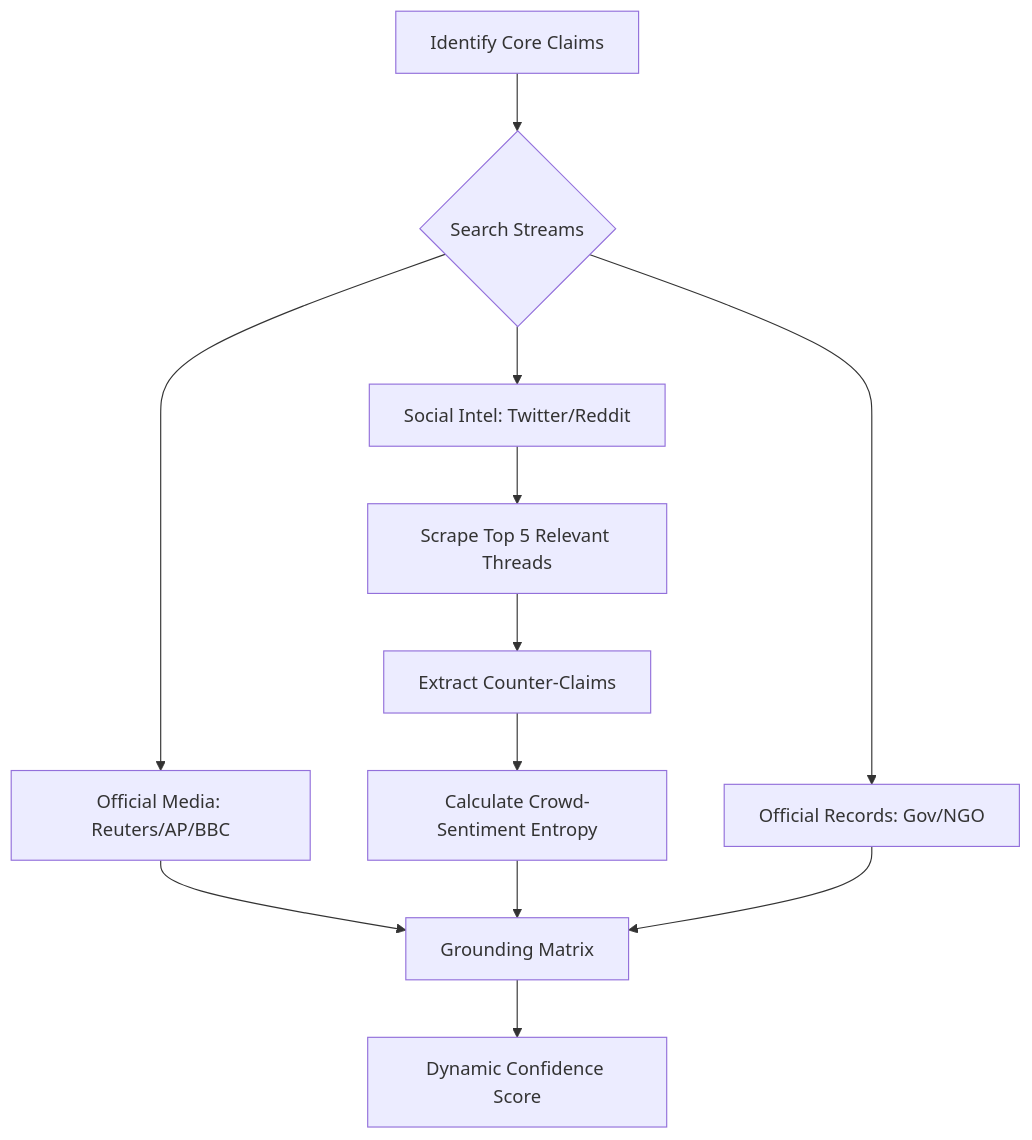
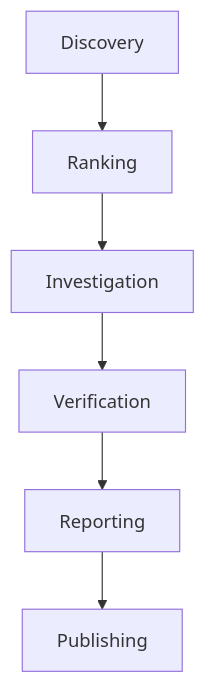
The first of 2 diagrams in README.md (pratyakshkwatra/factline.one), drawn with Mermaid before and after one commit. The commit also changed other lines of this file and 214 other files, not shown here.

````diff
--- a/README.md
+++ b/README.md
@@ -64,14 +74,8 @@
 ```mermaid
 graph TD
-    A[Identify Core Claims] --> B{Search Streams}
-    B --> C[Official Media: Reuters/AP/BBC]
-    B --> D[Social Intel: Twitter/Reddit]
-    B --> E[Official Records: Gov/NGO]
-    
-    D --> D1[Scrape Top 5 Relevant Threads]
-    D1 --> D2[Extract Counter-Claims]
-    D2 --> D3[Calculate Crowd-Sentiment Entropy]
-    
-    C & D3 & E --> F[Grounding Matrix]
-    F --> G[Dynamic Confidence Score]
+    A[Discovery] --> B[Ranking]
+    B --> C[Investigation]
+    C --> D[Verification]
+    D --> E[Reporting]
+    E --> F[Publishing]
 ```
````
